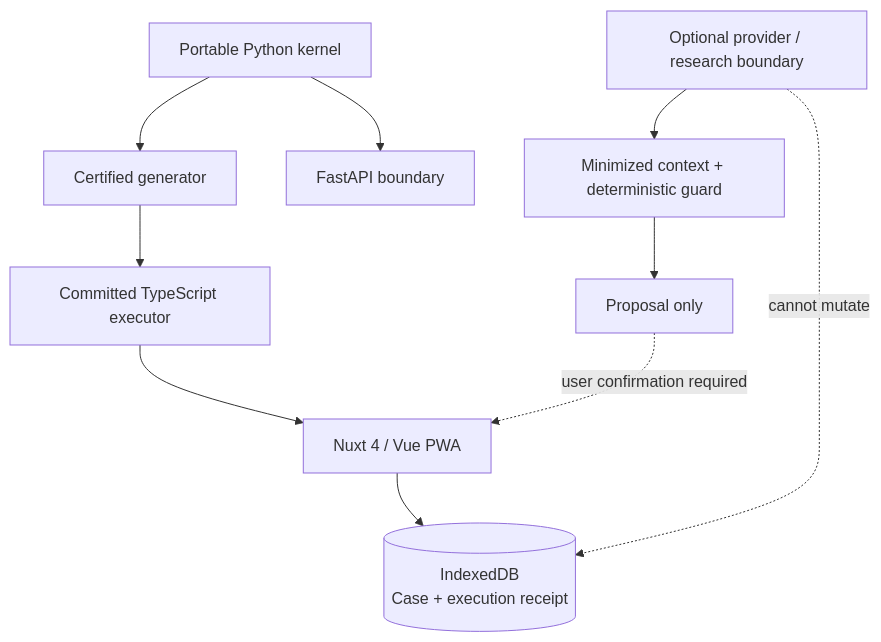
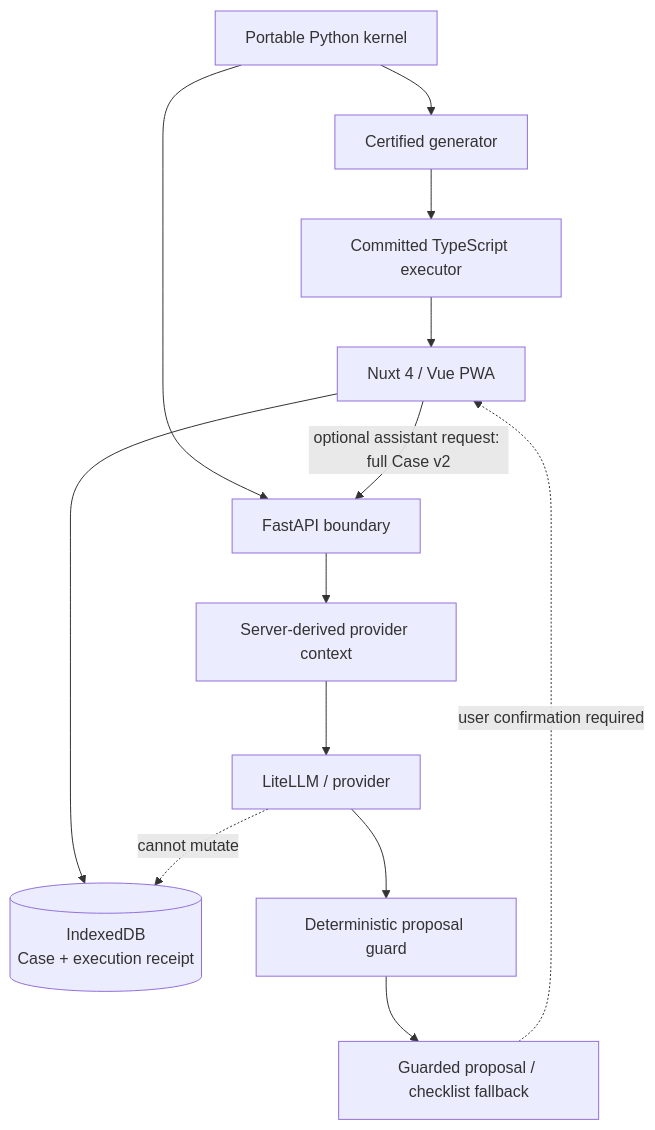
Before and after one commit to trafficolog/mind-detective: the second of 2 diagrams in README.en.md, drawn with Mermaid. The commit also changed other lines of this file, not shown here.

Commit message:
docs: clarify browser API and provider data boundaries

````diff
--- a/README.en.md
+++ b/README.en.md
@@ -96,14 +96,17 @@
 ```mermaid
 flowchart TB
     K[Portable Python kernel] --> G[Certified generator]
     G --> T[Committed TypeScript executor]
     T --> W[Nuxt 4 / Vue PWA]
     W --> I[(IndexedDB\nCase + execution receipt)]
 
     K --> A[FastAPI boundary]
-    P[Optional provider / research boundary] --> Q[Minimized context + deterministic guard]
-    Q --> X[Proposal only]
+    W -->|optional assistant request: full Case v2| A
+    A --> Q[Server-derived provider context]
+    Q --> P[LiteLLM / provider]
+    P --> H[Deterministic proposal guard]
+    H --> X[Guarded proposal / checklist fallback]
     X -. user confirmation required .-> W
 
     P -. cannot mutate .-> I
 ```
````
